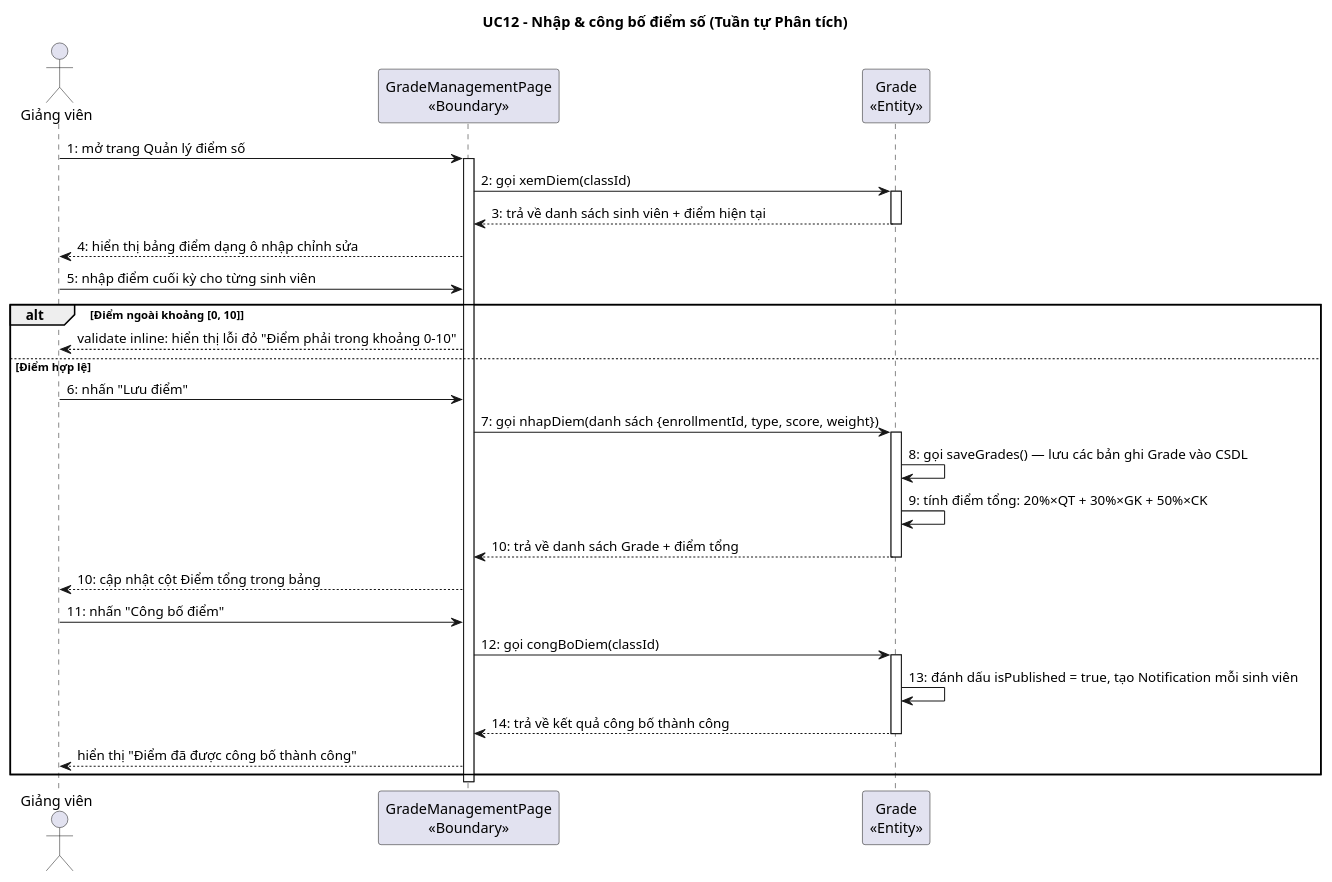
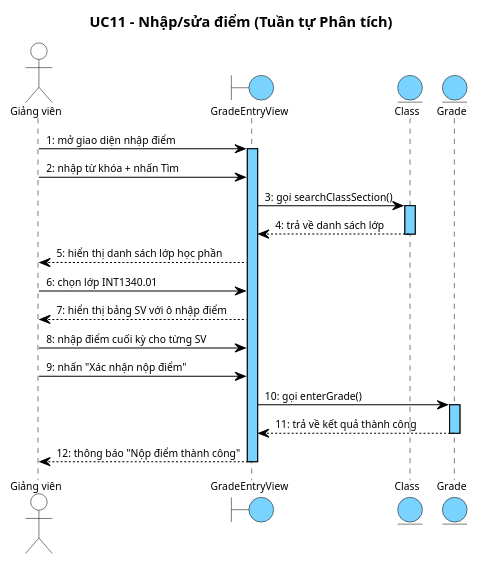
One commit to thanhtrnnn/universe changed diagram 13 of 20 in report/md/module3_attendance_grades.md. Above: the diagram before and after it, drawn with PlantUML. The commit also changed other lines of this file and 4 other files, not shown here.

````diff
--- a/report/md/module3_attendance_grades.md
+++ b/report/md/module3_attendance_grades.md
@@ -472,41 +668,47 @@
 ```plantuml
 @startuml
-title UC12 – Nhập & công bố điểm số (Tuần tự Phân tích)
+skinparam shadowing false
+skinparam SequenceMessageAlign left
+skinparam SequenceLifeLineBackgroundColor #7AD2FF
+skinparam SequenceLifeLineBorderColor #000000
+<style>
+sequenceDiagram {
+  Shadowing 0
+  RoundCorner 0
+  FontName "Arial"
+  FontSize 10
+  FontColor #000000
+  boundary { BackgroundColor #7AD2FF; LineColor #000000 }
+  entity { BackgroundColor #7AD2FF; LineColor #000000 }
+  actor { BackgroundColor transparent; LineColor #000000 }
+  lifeline { LineColor #000000; LineStyle 5-5 }
+  arrow { LineColor #000000; LineThickness 1; FontSize 10 }
+}
+</style>
+title UC11 – Nhập/sửa điểm (Tuần tự Phân tích)
 
 actor "Giảng viên" as GV
-participant "GradeManagementPage\n<<Boundary>>" as B1
-participant "Grade\n<<Entity>>" as E
+boundary GradeEntryView
+entity Class
+entity Grade
 
-GV -> B1 : 1: mở trang Quản lý điểm số
-activate B1
-B1 -> E : 2: gọi xemDiem(classId)
-activate E
-E --> B1 : 3: trả về danh sách sinh viên + điểm hiện tại
-deactivate E
-B1 --> GV : 4: hiển thị bảng điểm dạng ô nhập chỉnh sửa
-
-GV -> B1 : 5: nhập điểm cuối kỳ cho từng sinh viên
-
-alt Điểm ngoài khoảng [0, 10]
-  B1 --> GV : validate inline: hiển thị lỗi đỏ "Điểm phải trong khoảng 0–10"
-else Điểm hợp lệ
-  GV -> B1 : 6: nhấn "Lưu điểm"
-  B1 -> E : 7: gọi nhapDiem(danh sách {enrollmentId, type, score, weight})
-  activate E
-  E -> E : 8: gọi saveGrades() — lưu các bản ghi Grade vào CSDL
-  E -> E : 9: tính điểm tổng: 20%×QT + 30%×GK + 50%×CK
-  E --> B1 : 10: trả về danh sách Grade + điểm tổng
-  deactivate E
-  B1 --> GV : 10: cập nhật cột Điểm tổng trong bảng
-
-  GV -> B1 : 11: nhấn "Công bố điểm"
-  B1 -> E : 12: gọi congBoDiem(classId)
-  activate E
-  E -> E : 13: đánh dấu isPublished = true, tạo Notification mỗi sinh viên
-  E --> B1 : 14: trả về kết quả công bố thành công
-  deactivate E
-  B1 --> GV : hiển thị "Điểm đã được công bố thành công"
-end
-deactivate B1
+GV -> GradeEntryView : 1: mở giao diện nhập điểm
+activate GradeEntryView
+GV -> GradeEntryView : 2: nhập từ khóa + nhấn Tìm
+GradeEntryView -> Class : 3: gọi searchClassSection()
+activate Class
+Class --> GradeEntryView : 4: trả về danh sách lớp
+deactivate Class
+GradeEntryView --> GV : 5: hiển thị danh sách lớp học phần
+GV -> GradeEntryView : 6: chọn lớp INT1340.01
+GradeEntryView --> GV : 7: hiển thị bảng SV với ô nhập điểm
+GV -> GradeEntryView : 8: nhập điểm cuối kỳ cho từng SV
+GV -> GradeEntryView : 9: nhấn "Xác nhận nộp điểm"
+GradeEntryView -> Grade : 10: gọi enterGrade()
+activate Grade
+Grade --> GradeEntryView : 11: trả về kết quả thành công
+deactivate Grade
+GradeEntryView --> GV : 12: thông báo "Nộp điểm thành công"
+deactivate GradeEntryView
 @enduml
 ```
````
